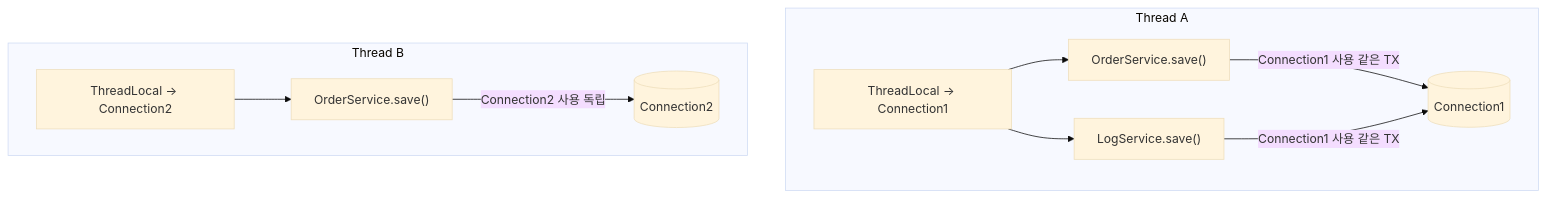
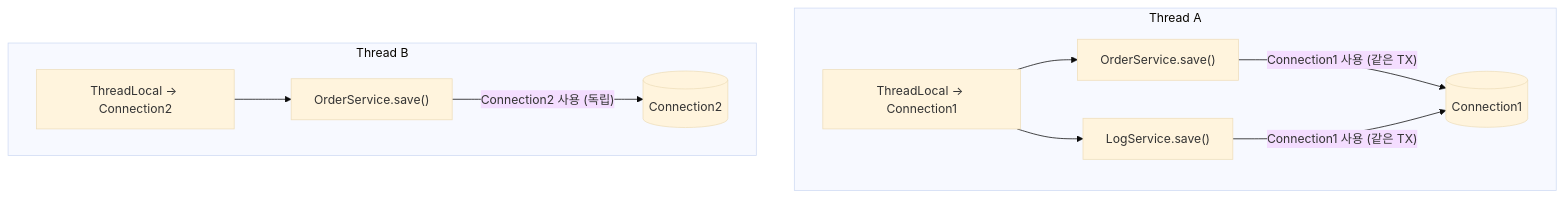
The second of 3 diagrams in _posts/spring/2026-05-01-spring-transaction.md (yjkim2015/yjkim2015.github.io), drawn with Mermaid (base theme) before and after one commit. The commit also changed other lines of this file and 34 other files, not shown here.

First line of the commit message:
Full quality pass: 41 files — ASCII removed, 동작원리 보강, diagrams

```diff
--- a/_posts/spring/2026-05-01-spring-transaction.md
+++ b/_posts/spring/2026-05-01-spring-transaction.md
@@ -426,18 +114,18 @@
 <div class="mermaid">
 graph TD
     subgraph "Thread A"
         TLA["ThreadLocal → Connection1"]
         OSA["OrderService.save()"]
         LSA["LogService.save()"]
         TLA --> OSA
         TLA --> LSA
-        OSA -->|"Connection1 사용 같은 TX"| C1[(Connection1)]
-        LSA -->|"Connection1 사용 같은 TX"| C1
+        OSA -->|"Connection1 사용 (같은 TX)"| C1[("Connection1")]
+        LSA -->|"Connection1 사용 (같은 TX)"| C1
     end
     subgraph "Thread B"
         TLB["ThreadLocal → Connection2"]
         OSB["OrderService.save()"]
         TLB --> OSB
-        OSB -->|"Connection2 사용 독립"| C2[(Connection2)]
+        OSB -->|"Connection2 사용 (독립)"| C2[("Connection2")]
     end
 </div>
```
